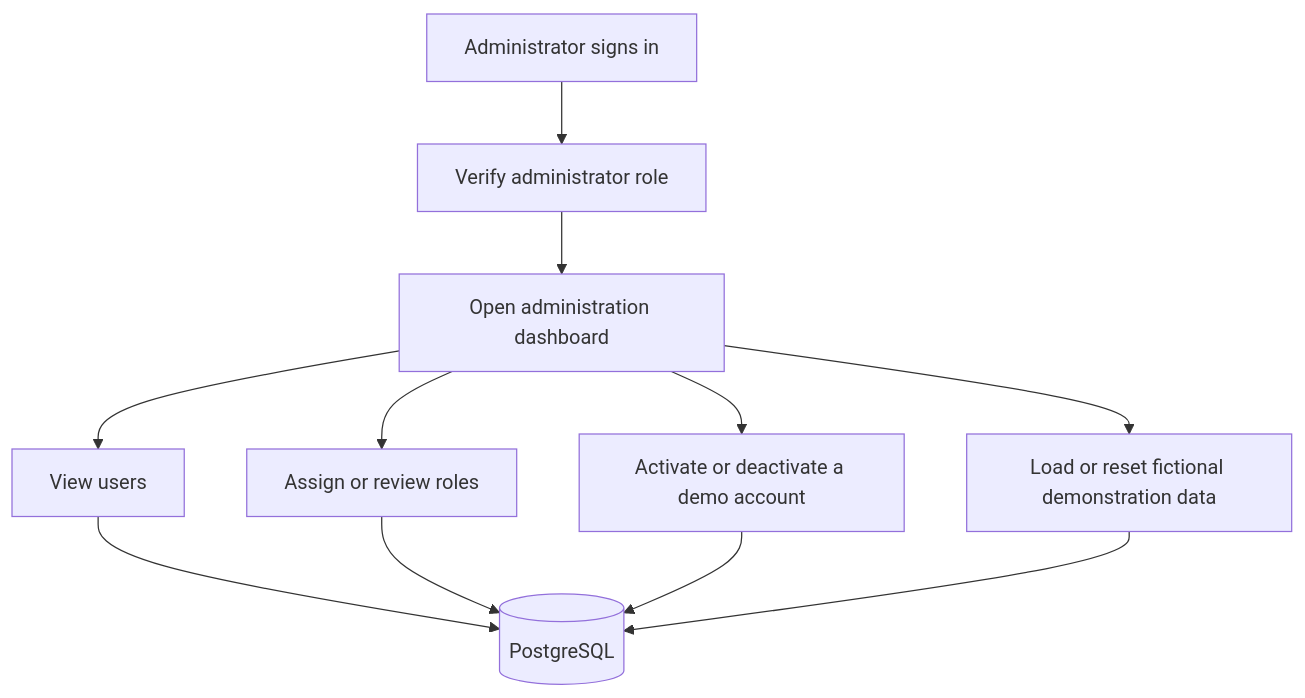
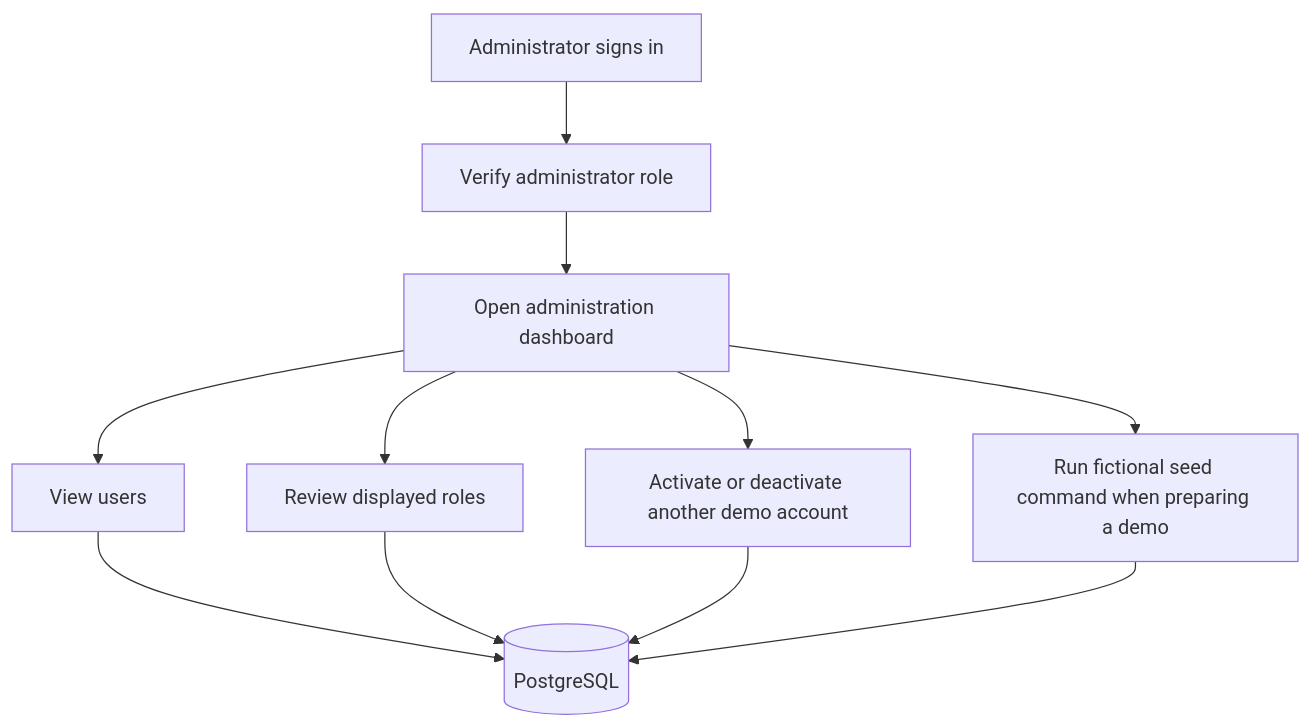
The fifth of 7 diagrams in docs/system-tutorials.md (R-gitonga/AfyaGlyco), drawn with Mermaid before and after one commit. The commit also changed other lines of this file and 38 other files, not shown here.

````diff
--- a/docs/system-tutorials.md
+++ b/docs/system-tutorials.md
@@ -110,13 +139,13 @@
 ```mermaid
 flowchart TD
     Admin[Administrator signs in] --> Auth[Verify administrator role]
     Auth --> Dashboard[Open administration dashboard]
     Dashboard --> Users[View users]
-    Dashboard --> Roles[Assign or review roles]
-    Dashboard --> Status[Activate or deactivate a demo account]
-    Dashboard --> Seed[Load or reset fictional demonstration data]
+    Dashboard --> Roles[Review displayed roles]
+    Dashboard --> Status[Activate or deactivate another demo account]
+    Dashboard --> Seed[Run fictional seed command when preparing a demo]
     Users --> Save[(PostgreSQL)]
     Roles --> Save
     Status --> Save
     Seed --> Save
 ```
````
